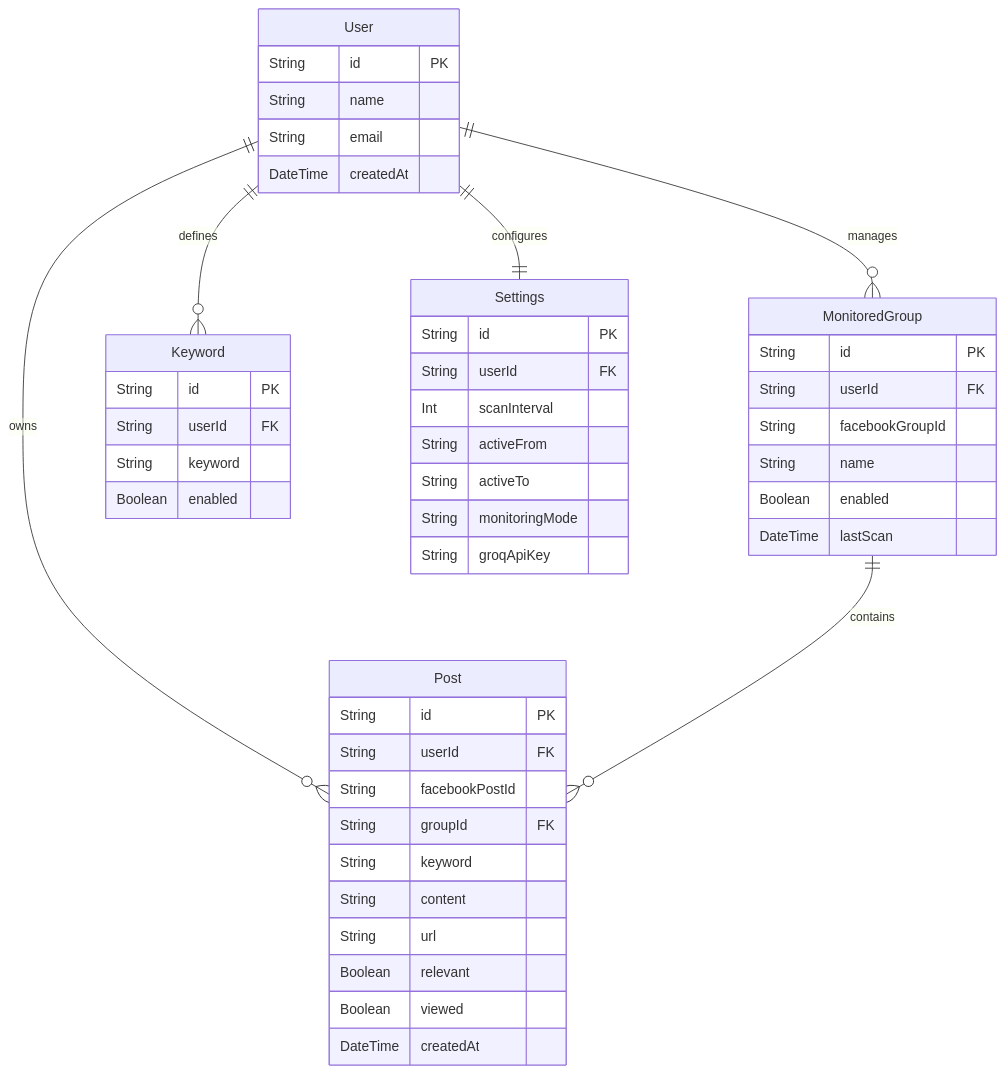
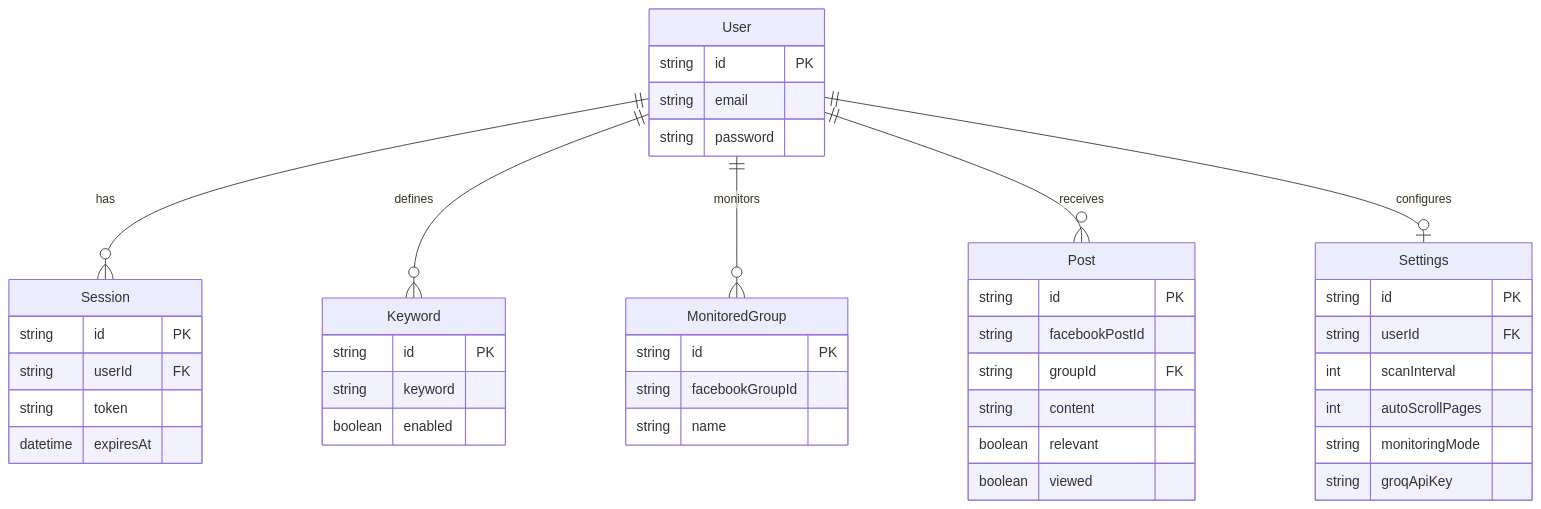
One commit to Abubakkar-Khan/GroupScout changed the third of 3 diagrams in README.md. Above: the diagram before and after it, drawn with Mermaid. The commit also changed other lines of this file and 46 other files, not shown here.

````diff
--- a/README.md
+++ b/README.md
@@ -136,54 +90,51 @@
 ```mermaid
 erDiagram
-    User ||--o{ MonitoredGroup : manages
+    User ||--o{ Session : has
     User ||--o{ Keyword : defines
-    User ||--o{ Post : owns
-    User ||--|| Settings : configures
-    MonitoredGroup ||--o{ Post : contains
+    User ||--o{ MonitoredGroup : monitors
+    User ||--o{ Post : receives
+    User ||--o| Settings : configures
 
     User {
-        String id PK
-        String name
-        String email
-        DateTime createdAt
+        string id PK
+        string email
+        string password
+    }
+
+    Session {
+        string id PK
+        string userId FK
+        string token
+        datetime expiresAt
     }
 
     Settings {
-        String id PK
-        String userId FK
-        Int scanInterval
-        String activeFrom
-        String activeTo
-        String monitoringMode
-        String groqApiKey
+        string id PK
+        string userId FK
+        int scanInterval
+        int autoScrollPages
+        string monitoringMode
+        string groqApiKey
+    }
+
+    Keyword {
+        string id PK
+        string keyword
+        boolean enabled
     }
 
     MonitoredGroup {
-        String id PK
-        String userId FK
-        String facebookGroupId
-        String name
-        Boolean enabled
-        DateTime lastScan
-    }
-
-    Keyword {
-        String id PK
-        String userId FK
-        String keyword
-        Boolean enabled
+        string id PK
+        string facebookGroupId
+        string name
     }
 
     Post {
-        String id PK
-        String userId FK
-        String facebookPostId
-        String groupId FK
-        String keyword
-        String content
-        String url
-        Boolean relevant
-        Boolean viewed
-        DateTime createdAt
+        string id PK
+        string facebookPostId
+        string groupId FK
+        string content
+        boolean relevant
+        boolean viewed
     }
 ```
````
